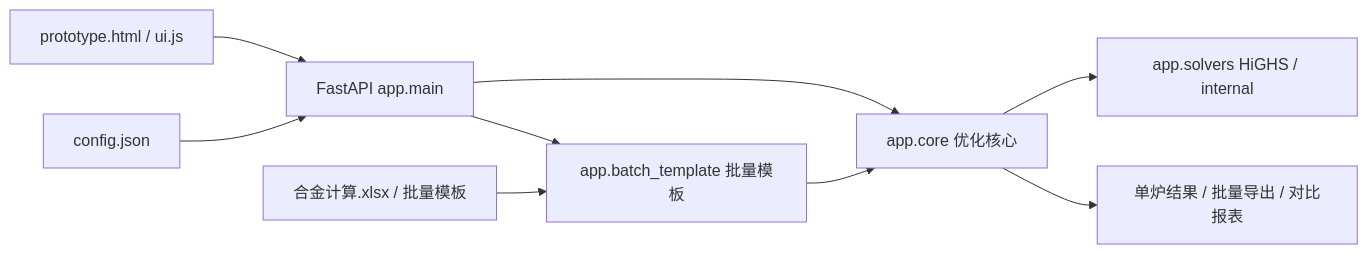
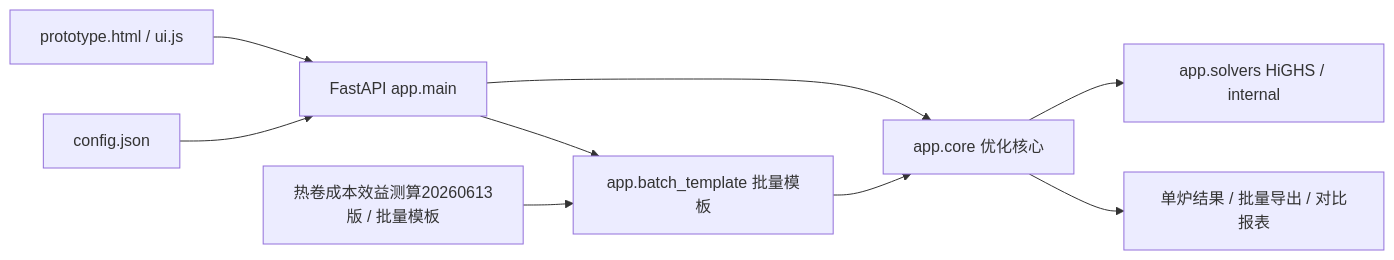
The first of 2 diagrams in readme.md (MagicXran/alloy_cost_calculation), drawn with Mermaid before and after one commit. The commit also changed other lines of this file and 5 other files, not shown here.

````diff
--- a/readme.md
+++ b/readme.md
@@ -39,11 +39,11 @@
 ```mermaid
 flowchart LR
     UI["prototype.html / ui.js"] --> API["FastAPI app.main"]
     API --> Core["app.core 优化核心"]
     API --> Batch["app.batch_template 批量模板"]
     Core --> Solver["app.solvers HiGHS / internal"]
     Config["config.json"] --> API
-    Excel["合金计算.xlsx / 批量模板"] --> Batch
+    Excel["热卷成本效益测算20260613版 / 批量模板"] --> Batch
     Batch --> Core
     Core --> Result["单炉结果 / 批量导出 / 对比报表"]
 ```
````
